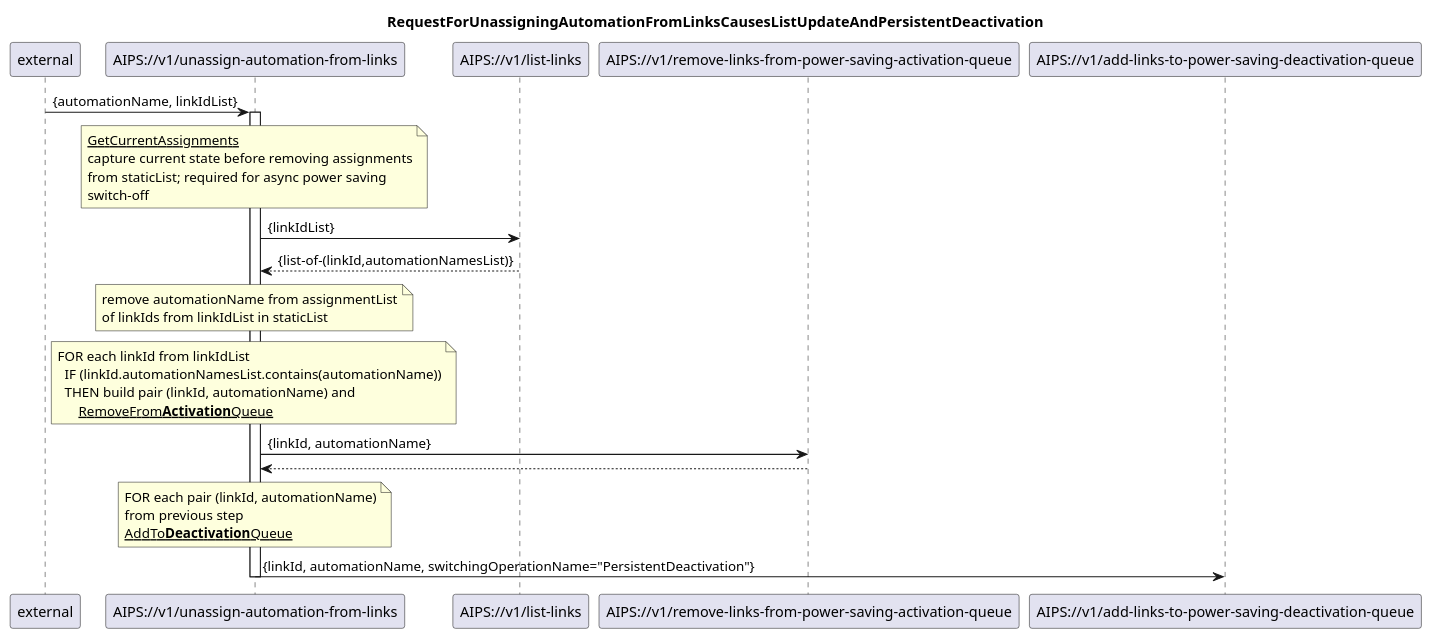
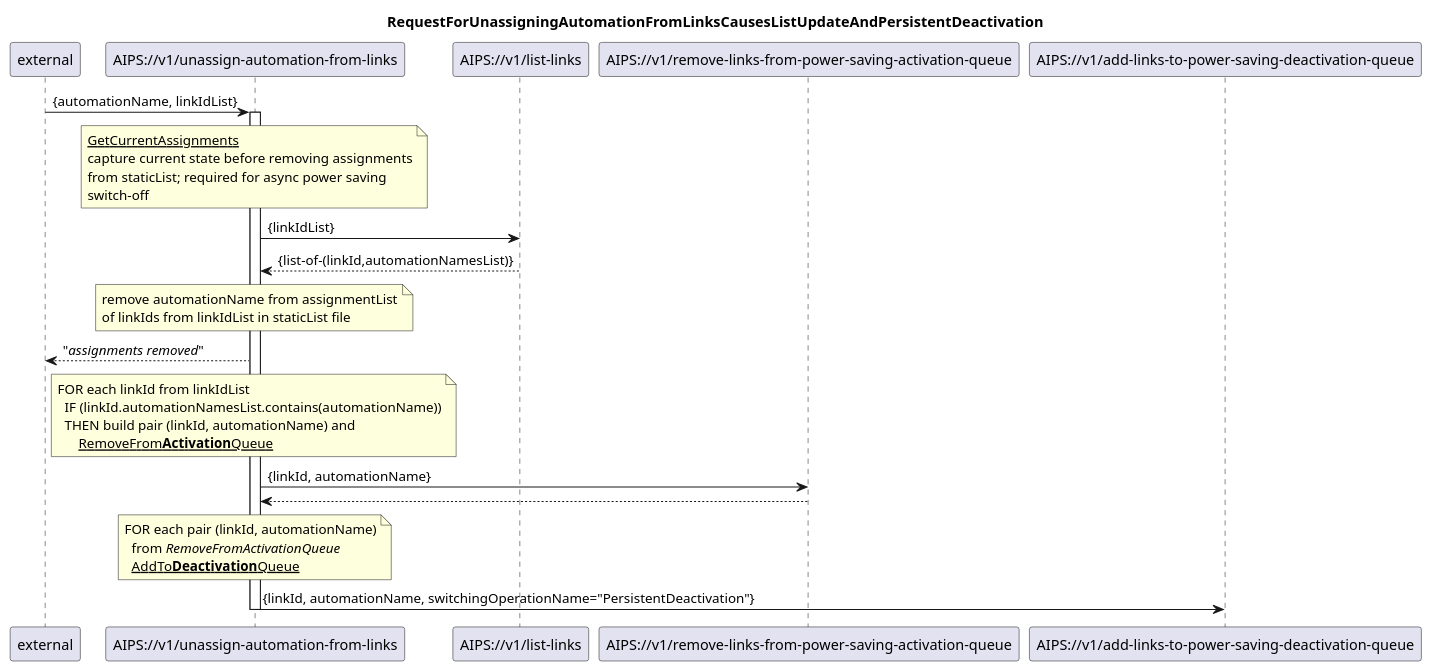
One commit to kmohr-soprasteria/AIPS_wip changed the diagram in diagrams/01 Automation management/103_unassignAutomationFromLinks.plantuml. Above: the diagram before and after it, drawn with PlantUML. The commit also changed 13 other files, not shown here.

Commit message:
modul 01 diagrams

```diff
--- a/diagrams/01 Automation management/103_unassignAutomationFromLinks.plantuml
+++ b/diagrams/01 Automation management/103_unassignAutomationFromLinks.plantuml
@@ -1,55 +1,56 @@
 @startuml 103_unassignAutomationFromLinks
 skinparam responseMessageBelowArrow true
 
 title
 RequestForUnassigningAutomationFromLinksCausesListUpdateAndPersistentDeactivation
 end title
 
 participant "external" as requestor
 participant "AIPS://v1/unassign-automation-from-links" as unassignAutomation
 participant "AIPS://v1/list-links" as listLinks
 participant "AIPS://v1/remove-links-from-power-saving-activation-queue" as stopSimpleActivation
 participant "AIPS://v1/add-links-to-power-saving-deactivation-queue" as startPersistentDeactivation
 
 
 requestor -> unassignAutomation: {automationName, linkIdList}
 activate unassignAutomation
 
 'get current assignments from staticList
 note over unassignAutomation
   <u>GetCurrentAssignments</u>
   capture current state before removing assignments
   from staticList; required for async power saving
   switch-off
 end note
 unassignAutomation -> listLinks: {linkIdList}
 listLinks --> unassignAutomation: {list-of-(linkId,automationNamesList)}
 
 'update staticList by removing automationName for linkIdList links
 note over unassignAutomation
   remove automationName from assignmentList
-  of linkIds from linkIdList in staticList
+  of linkIds from linkIdList in staticList file
 end note
+unassignAutomation --> requestor: "<i>assignments removed</i>"
 
 'stop ongoing/planned power saving
 note over unassignAutomation
   FOR each linkId from linkIdList
     IF (linkId.automationNamesList.contains(automationName))
     THEN build pair (linkId, automationName) and
         <u>RemoveFrom<b>Activation</b>Queue</u>
 end note
 unassignAutomation -> stopSimpleActivation: {linkId, automationName}
 stopSimpleActivation --> unassignAutomation
 
 'initiate persistentDeactivation to turn power saving off
 note over unassignAutomation
   FOR each pair (linkId, automationName)
-  from previous step
-  <u>AddTo<b>Deactivation</b>Queue</u>
+    from <i>RemoveFromActivationQueue</i>
+    <u>AddTo<b>Deactivation</b>Queue</u>
 end note
 unassignAutomation -> startPersistentDeactivation: {linkId, automationName, switchingOperationName="PersistentDeactivation"}
 
 deactivate unassignAutomation
 
 
 @enduml
```
